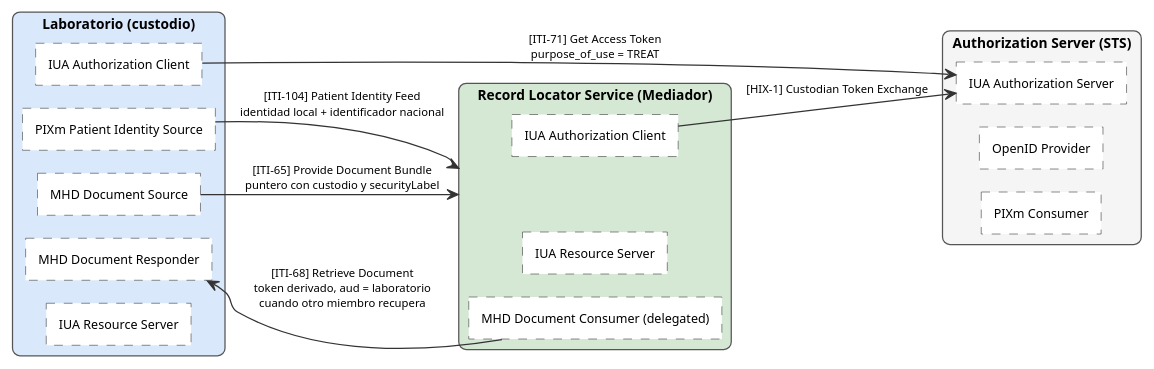
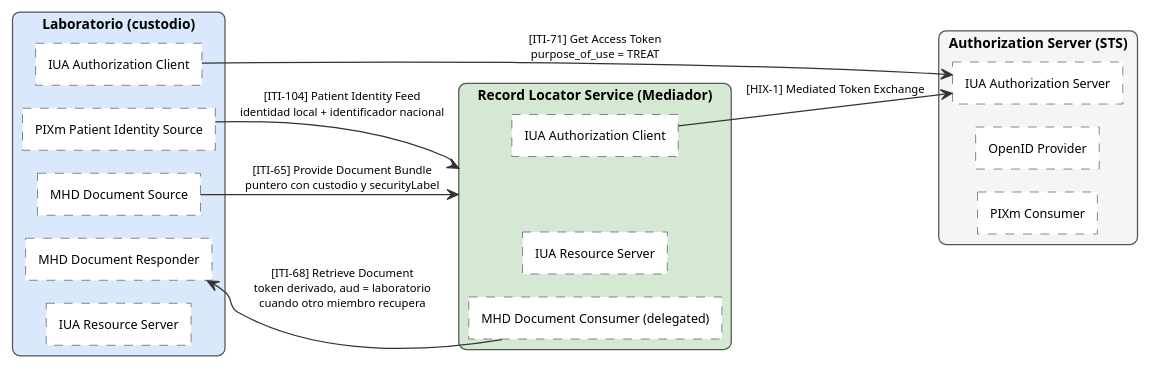
Before and after one commit to meddyg/HIX: the diagram in _diagrams/hix-actores-laboratorio.plantuml, drawn with PlantUML. The commit also changed 8 other files, not shown here.

Commit message:
docs: rename HIX-1 to Mediated Token Exchange

```diff
--- a/_diagrams/hix-actores-laboratorio.plantuml
+++ b/_diagrams/hix-actores-laboratorio.plantuml
@@ -1,50 +1,50 @@
 @startuml hix-actores-laboratorio
 !pragma layout smetana
 hide stereotype
 skinparam shadowing false
 skinparam defaultFontName Verdana
 skinparam defaultFontSize 11
 skinparam nodesep 12
 skinparam ranksep 18
 skinparam rectangle {
   BorderColor #555555
   RoundCorner 12
   FontStyle bold
 }
 skinparam rectangle<<inner>> {
   BackgroundColor white
   BorderColor #444444
   BorderStyle dashed
   RoundCorner 0
   FontStyle plain
   FontSize 10
 }
 skinparam arrow {
   Color #333333
   FontSize 9
 }
 left to right direction
 rectangle "Laboratorio (custodio)" as LAB #DAE8FC {
   rectangle "IUA Authorization Client" <<inner>> as L1
   rectangle "PIXm Patient Identity Source" <<inner>> as L2
   rectangle "MHD Document Source" <<inner>> as L3
   rectangle "MHD Document Responder" <<inner>> as L4
   rectangle "IUA Resource Server" <<inner>> as L5
 }
 rectangle "Authorization Server (STS)" as STS #F5F5F5 {
   rectangle "IUA Authorization Server" <<inner>> as STS1
   rectangle "OpenID Provider" <<inner>> as STS2
   rectangle "PIXm Consumer" <<inner>> as STS3
 }
 rectangle "Record Locator Service (Mediador)" as RLS #D5E8D4 {
   rectangle "IUA Authorization Client" <<inner>> as RLS0
   rectangle "IUA Resource Server" <<inner>> as RLS1
   rectangle "MHD Document Consumer (delegated)" <<inner>> as RLS3
 }
 L1 --> STS1 : [ITI-71] Get Access Token\npurpose_of_use = TREAT
 L2 --> RLS : [ITI-104] Patient Identity Feed\nidentidad local + identificador nacional
 L3 --> RLS : [ITI-65] Provide Document Bundle\npuntero con custodio y securityLabel
-STS1 <-u- RLS0 : [HIX-1] Custodian Token Exchange
+STS1 <-u- RLS0 : [HIX-1] Mediated Token Exchange
 RLS3 --> L4 : [ITI-68] Retrieve Document\ntoken derivado, aud = laboratorio\ncuando otro miembro recupera
 L4 -[hidden]-> RLS1
 @enduml
```
